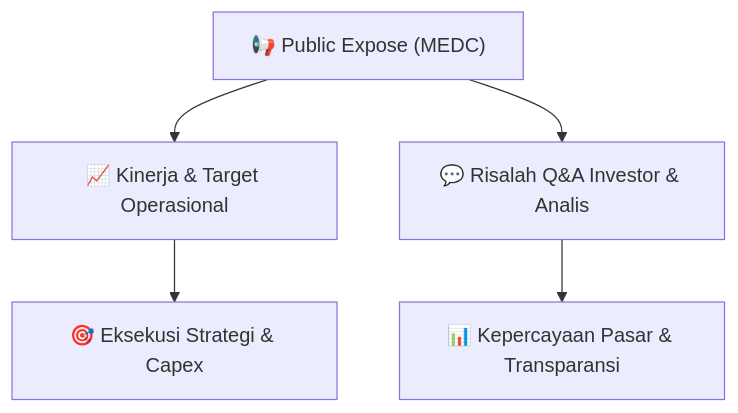
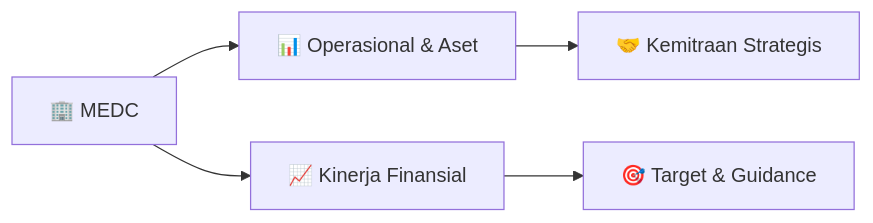
Before and after one commit to anYoneo/alphadigest-idx: the diagram in Finplan_analyst/knowledge-base/public-exposes/informasi-pubex/MEDC_Public_Expose_20260826.md, drawn with Mermaid. The commit also changed other lines of this file and 526 other files, not shown here.

````diff
--- a/Finplan_analyst/knowledge-base/public-exposes/informasi-pubex/MEDC_Public_Expose_20260826.md
+++ b/Finplan_analyst/knowledge-base/public-exposes/informasi-pubex/MEDC_Public_Expose_20260826.md
@@ -18,7 +117,7 @@
 ```mermaid
-flowchart TD
-    A["📢 Public Expose (MEDC)"] --> B["📈 Kinerja & Target Operasional"]
-    A --> C["💬 Risalah Q&A Investor & Analis"]
-    B --> D["🎯 Eksekusi Strategi & Capex"]
-    C --> E["📊 Kepercayaan Pasar & Transparansi"]
+flowchart LR
+    A["🏢 MEDC"] --> B["📊 Operasional & Aset"]
+    A --> C["📈 Kinerja Finansial"]
+    B --> D["🤝 Kemitraan Strategis"]
+    C --> E["🎯 Target & Guidance"]
 ```
````
